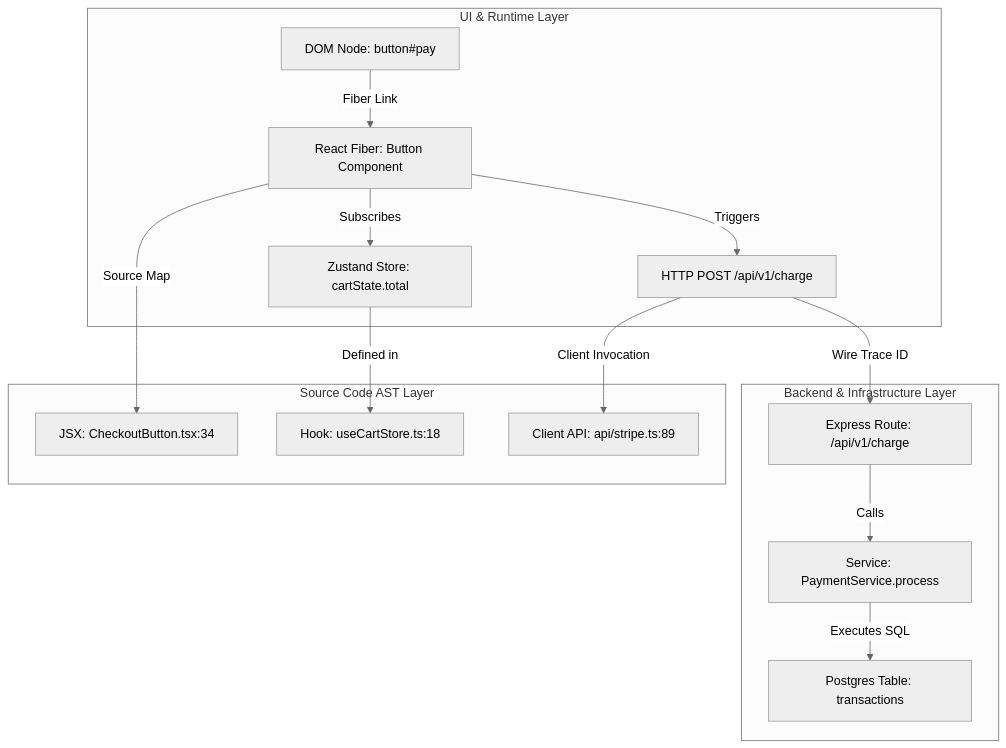
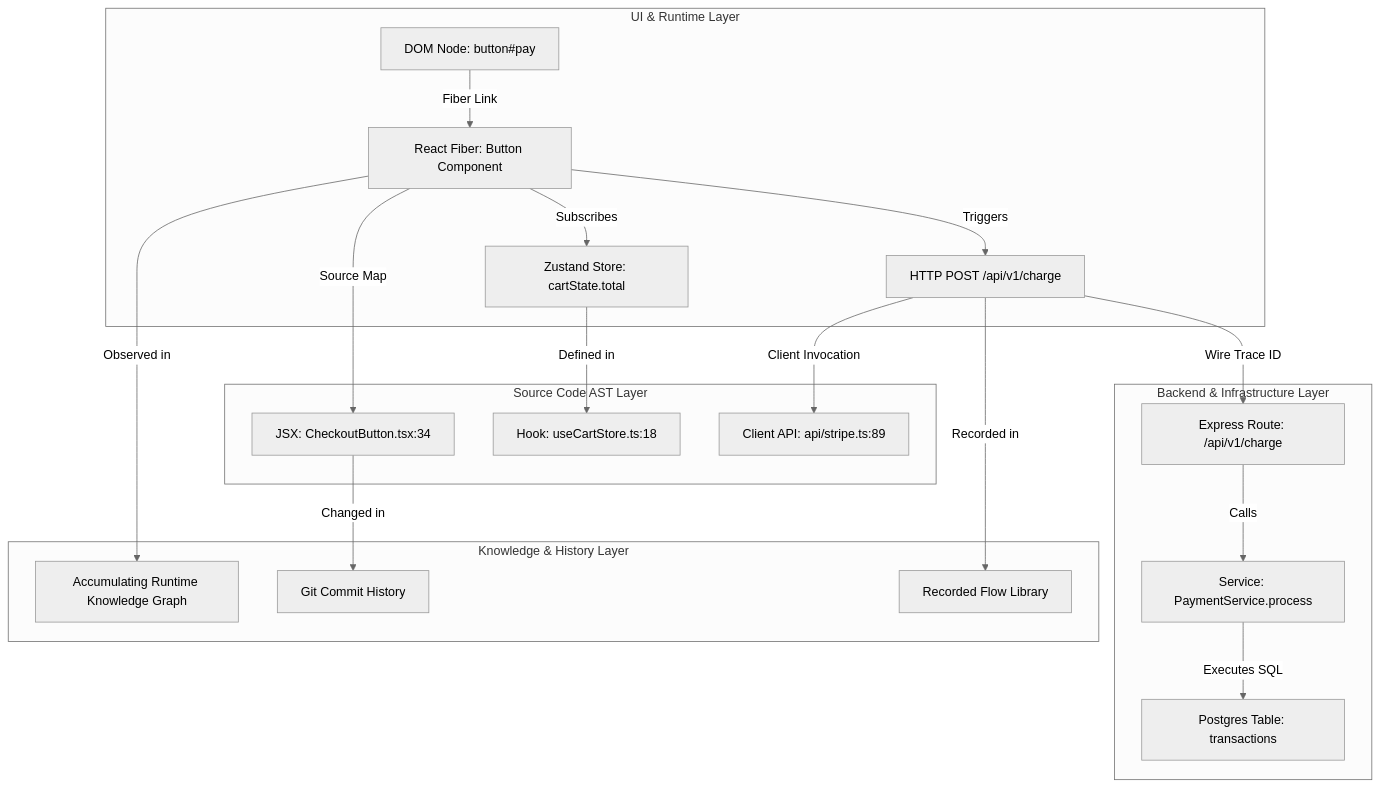
The second of 2 diagrams in VISION.md (ansh-n-chovatiya/DevFlow), drawn with Mermaid (neutral theme) before and after one commit. The commit also changed other lines of this file and 2 other files, not shown here.

````diff
--- a/VISION.md
+++ b/VISION.md
@@ -181,31 +263,40 @@
 ```mermaid
 graph TD
     subgraph UI & Runtime Layer
         DOM[DOM Node: button#pay]
         Fiber[React Fiber: Button Component]
         HookState[Zustand Store: cartState.total]
         Network[HTTP POST /api/v1/charge]
     end
 
     subgraph Source Code AST Layer
         JSX[JSX: CheckoutButton.tsx:34]
         HookSrc[Hook: useCartStore.ts:18]
         APISrc[Client API: api/stripe.ts:89]
     end
 
     subgraph Backend & Infrastructure Layer
         Router[Express Route: /api/v1/charge]
         Service[Service: PaymentService.process]
         DB[Postgres Table: transactions]
     end
 
+    subgraph Knowledge & History Layer
+        ARKG[Accumulating Runtime Knowledge Graph]
+        Git[Git Commit History]
+        Flows[Recorded Flow Library]
+    end
+
     DOM -->|Fiber Link| Fiber
     Fiber -->|Source Map| JSX
     Fiber -->|Subscribes| HookState
     HookState -->|Defined in| HookSrc
     Fiber -->|Triggers| Network
     Network -->|Client Invocation| APISrc
     Network -->|Wire Trace ID| Router
     Router -->|Calls| Service
     Service -->|Executes SQL| DB
+    Fiber -->|Observed in| ARKG
+    JSX -->|Changed in| Git
+    Network -->|Recorded in| Flows
 ```
````
